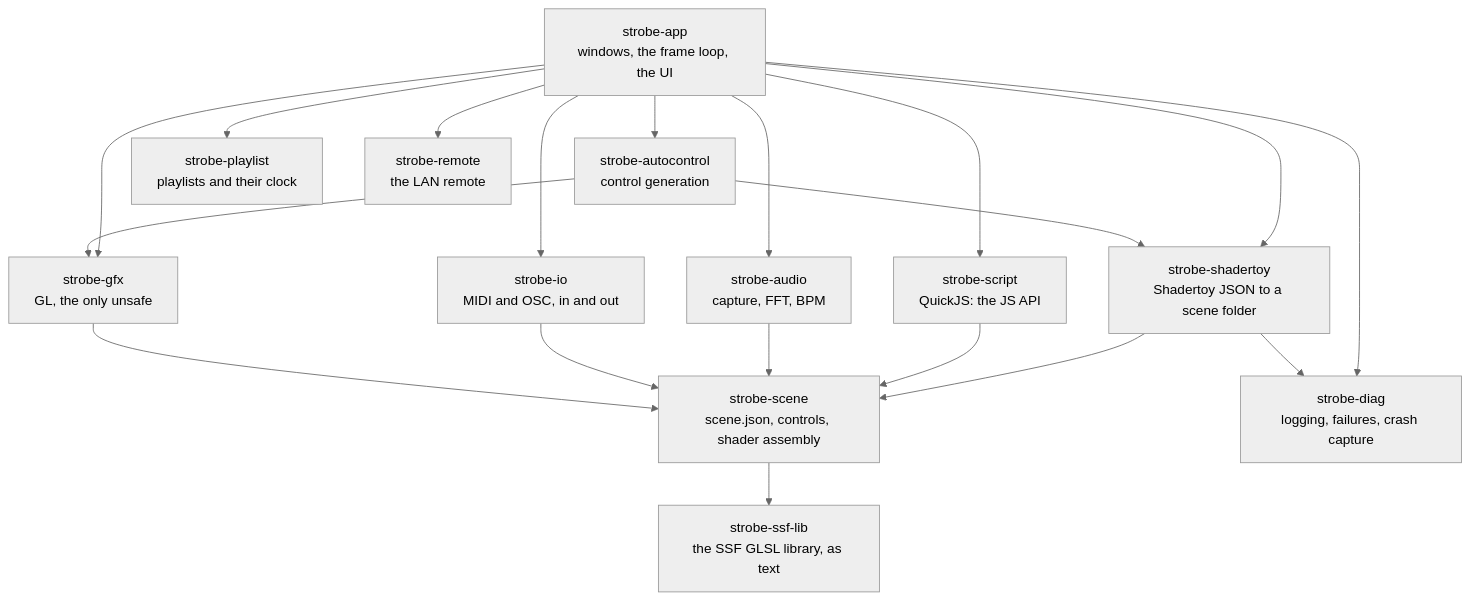
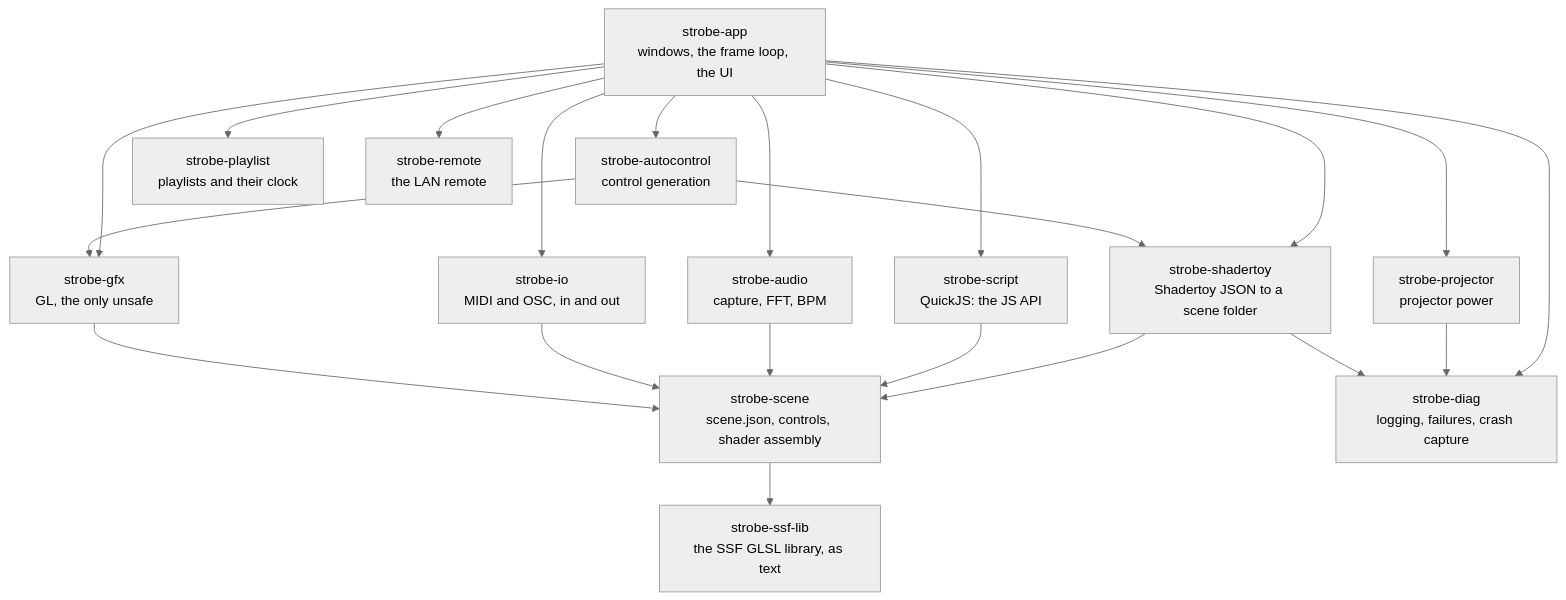
The diagram in README.md (lnorton89/strobe), drawn with Mermaid (neutral theme) before and after one commit. The commit also changed other lines of this file and 10 other files, not shown here.

First line of the commit message:
feat: install.ps1 installs strobe-projector and retires the Python tool (D502)

````diff
--- a/README.md
+++ b/README.md
@@ -197,21 +197,23 @@
 ```mermaid
 flowchart TD
     app["strobe-app<br/>windows, the frame loop, the UI"]
     shadertoy["strobe-shadertoy<br/>Shadertoy JSON to a scene folder"]
     autocontrol["strobe-autocontrol<br/>control generation"]
     script["strobe-script<br/>QuickJS: the JS API"]
     audio["strobe-audio<br/>capture, FFT, BPM"]
     io["strobe-io<br/>MIDI and OSC, in and out"]
     gfx["strobe-gfx<br/>GL, the only unsafe"]
     scene["strobe-scene<br/>scene.json, controls, shader assembly"]
     ssf["strobe-ssf-lib<br/>the SSF GLSL library, as text"]
     playlist["strobe-playlist<br/>playlists and their clock"]
     remote["strobe-remote<br/>the LAN remote"]
+    projector["strobe-projector<br/>projector power"]
     diag["strobe-diag<br/>logging, failures, crash capture"]
 
-    app --> shadertoy & autocontrol & script & audio & io & gfx & playlist & remote & diag
+    app --> shadertoy & autocontrol & script & audio & io & gfx & playlist & remote & projector & diag
+    projector --> diag
     autocontrol --> shadertoy & gfx
     shadertoy --> scene & diag
     script & audio & io & gfx --> scene
     scene --> ssf
 ```
````
